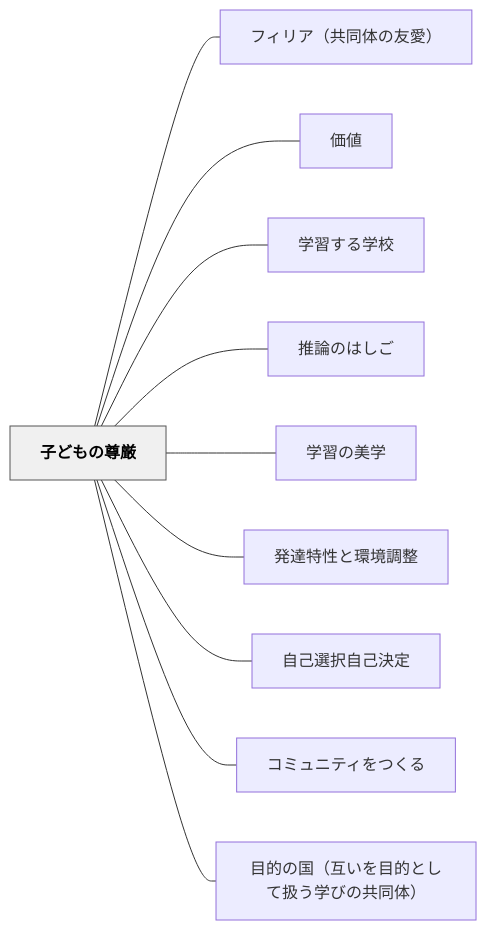
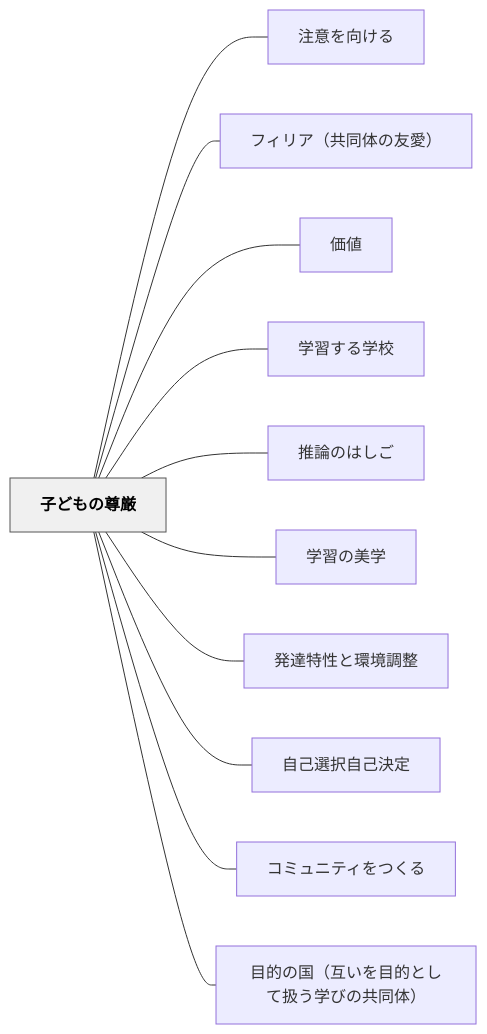
One commit to unknownthings-ed-patterns/unknownthings-ed-patterns changed the diagram in content/パタン/子どもの尊厳.md. Above: the diagram before and after it, drawn with Mermaid. The commit also changed other lines of this file and 185 other files, not shown here.

````diff
--- a/content/パタン/子どもの尊厳.md
+++ b/content/パタン/子どもの尊厳.md
@@ -135,26 +136,28 @@
 ```mermaid
 flowchart LR
     ne5ad90e381a9e38282e381aee5b08ae58eb3["子どもの尊厳"]
+    ne6b3a8e6848fe38292e59091e38191e3828b["注意を向ける"]
     ne38395e382a3e383aae382a2efbc88e585b1e5908ce4bd93e381aee58f8be6849befbc89["フィリア（共同体の友愛）"]
     ne4bea1e580a4["価値"]
     ne5ada6e7bf92e38199e3828be5ada6e6a0a1["学習する学校"]
     ne68ea8e8ab96e381aee381afe38197e38194["推論のはしご"]
     ne5ada6e7bf92e381aee7be8ee5ada6["学習の美学"]
     ne799bae98194e789b9e680a7e381a8e792b0e5a283e8aabfe695b4["発達特性と環境調整"]
     ne887aae5b7b1e981b8e68a9ee887aae5b7b1e6b1bae5ae9a["自己選択自己決定"]
     ne382b3e3839fe383a5e3838be38386e382a3e38292e381a4e3818fe3828b["コミュニティをつくる"]
     ne79baee79a84e381aee59bbdefbc88e4ba92e38184e38292e79baee79a84e381a8e38197e381a6e689b1e38186e5ada6e381b3e381aee585b1e5908ce4bd93efbc89["目的の国（互いを目的として扱う学びの共同体）"]
 
+    ne5ad90e381a9e38282e381aee5b08ae58eb3 --- ne6b3a8e6848fe38292e59091e38191e3828b
     ne5ad90e381a9e38282e381aee5b08ae58eb3 --- ne38395e382a3e383aae382a2efbc88e585b1e5908ce4bd93e381aee58f8be6849befbc89
     ne5ad90e381a9e38282e381aee5b08ae58eb3 --- ne4bea1e580a4
     ne5ad90e381a9e38282e381aee5b08ae58eb3 --- ne5ada6e7bf92e38199e3828be5ada6e6a0a1
     ne5ad90e381a9e38282e381aee5b08ae58eb3 --- ne68ea8e8ab96e381aee381afe38197e38194
     ne5ad90e381a9e38282e381aee5b08ae58eb3 --- ne5ada6e7bf92e381aee7be8ee5ada6
     ne5ad90e381a9e38282e381aee5b08ae58eb3 --- ne799bae98194e789b9e680a7e381a8e792b0e5a283e8aabfe695b4
     ne5ad90e381a9e38282e381aee5b08ae58eb3 --- ne887aae5b7b1e981b8e68a9ee887aae5b7b1e6b1bae5ae9a
     ne5ad90e381a9e38282e381aee5b08ae58eb3 --- ne382b3e3839fe383a5e3838be38386e382a3e38292e381a4e3818fe3828b
     ne5ad90e381a9e38282e381aee5b08ae58eb3 --- ne79baee79a84e381aee59bbdefbc88e4ba92e38184e38292e79baee79a84e381a8e38197e381a6e689b1e38186e5ada6e381b3e381aee585b1e5908ce4bd93efbc89
 
     classDef hub fill:#f0f0f0,stroke:#555,color:#000,font-weight:bold
     class ne5ad90e381a9e38282e381aee5b08ae58eb3 hub
 ```
````
